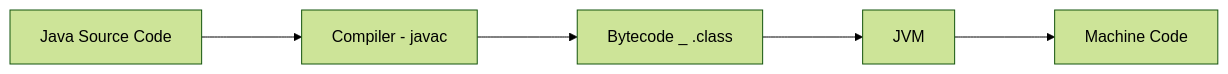
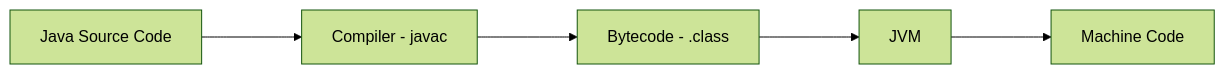
Before and after one commit to suvendumondal4125/Java-Journey: the diagram in notes/day02-notes.md, drawn with Mermaid (forest theme). The commit also changed other lines of this file, not shown here.

````diff
--- a/notes/day02-notes.md
+++ b/notes/day02-notes.md
@@ -122,7 +122,7 @@
 ```mermaid
 flowchart LR
     A[Java Source Code] ---> B[Compiler - javac]
-    B ---> C[Bytecode _ .class]
+    B ---> C[Bytecode - .class]
     C ---> D[JVM]
     D ---> E[Machine Code]
 ```
````
